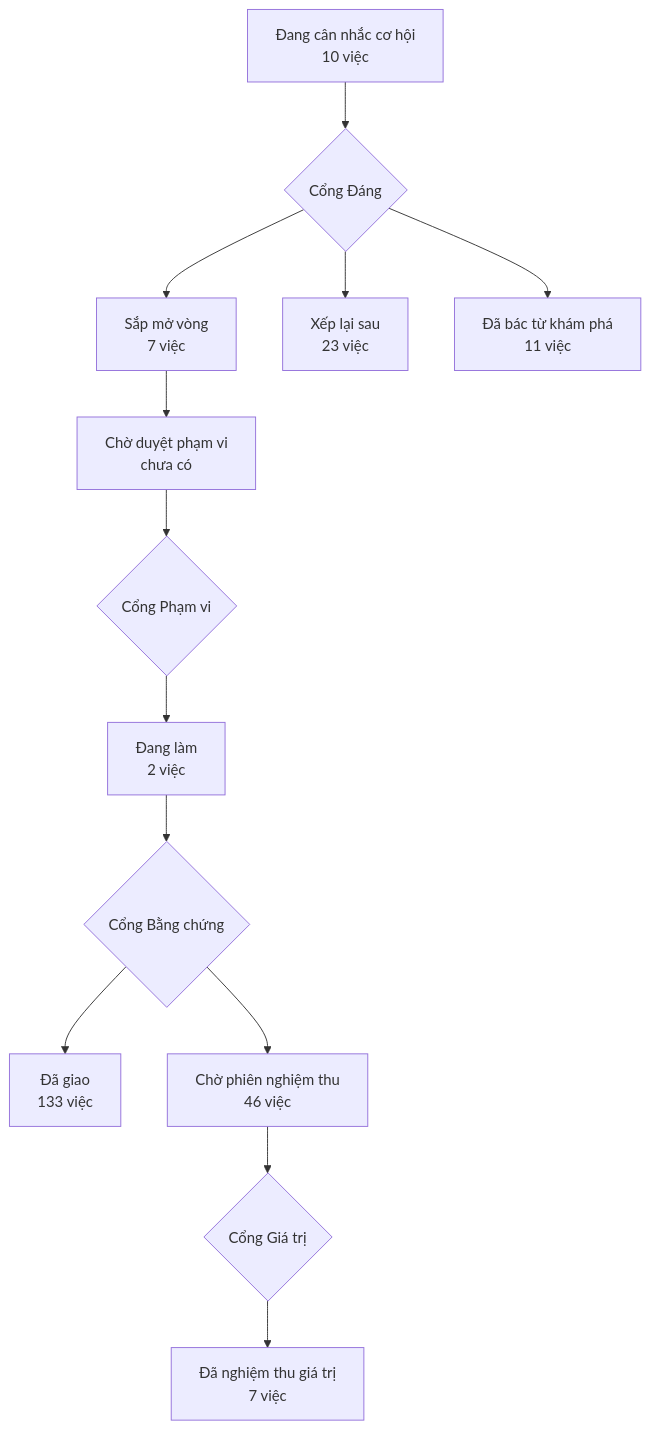
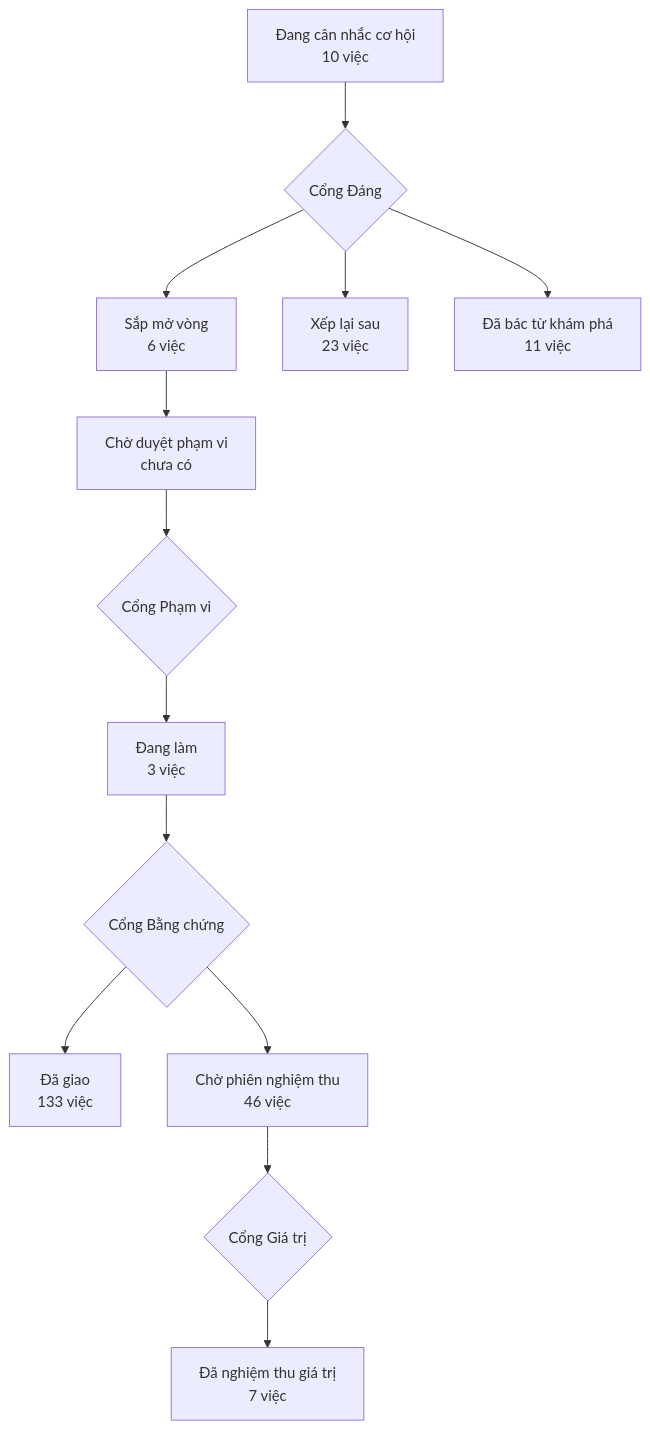
Before and after one commit to phanlemanh/acceptance-gate-kit: the diagram in PRODUCT-MAP.md, drawn with Mermaid. The commit also changed 11 other files, not shown here.

````diff
--- a/PRODUCT-MAP.md
+++ b/PRODUCT-MAP.md
@@ -7,12 +7,12 @@
 ```mermaid
 flowchart TD
   A["Đang cân nhắc cơ hội<br/>10 việc"] --> GD{"Cổng Đáng"}
-  GD --> B["Sắp mở vòng<br/>7 việc"]
+  GD --> B["Sắp mở vòng<br/>6 việc"]
   GD --> XL["Xếp lại sau<br/>23 việc"]
   GD --> DB["Đã bác từ khám phá<br/>11 việc"]
   B --> CD["Chờ duyệt phạm vi<br/>chưa có"] --> GP{"Cổng Phạm vi"}
-  GP --> DL["Đang làm<br/>2 việc"] --> GB{"Cổng Bằng chứng"}
+  GP --> DL["Đang làm<br/>3 việc"] --> GB{"Cổng Bằng chứng"}
   GB --> DG["Đã giao<br/>133 việc"]
   GB --> CN["Chờ phiên nghiệm thu<br/>46 việc"] --> GG{"Cổng Giá trị"}
   GG --> NT["Đã nghiệm thu giá trị<br/>7 việc"]
 ```
````
